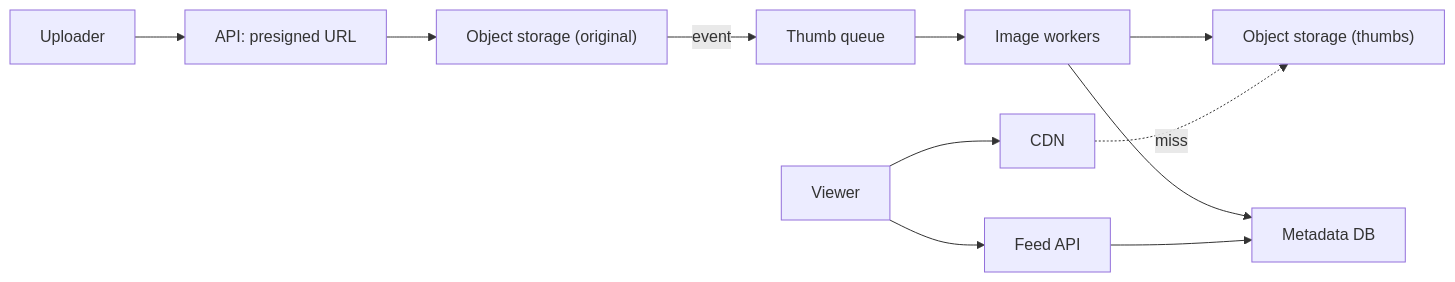
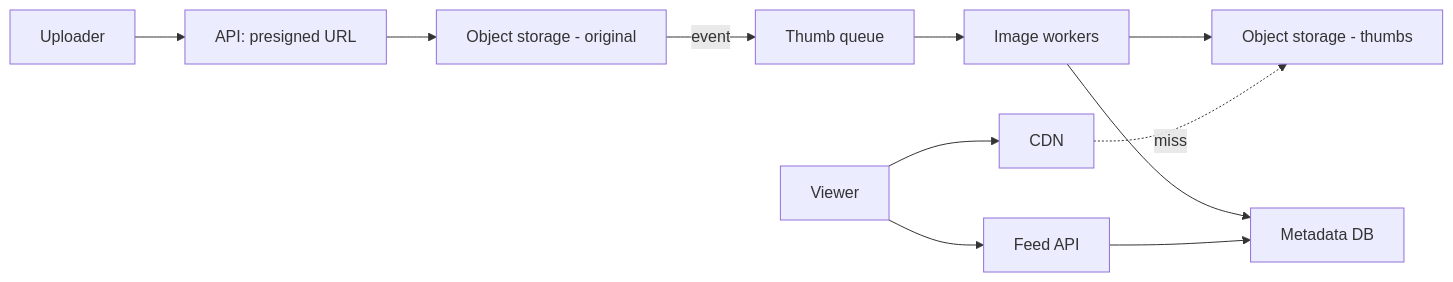
The first of 4 diagrams in case-studies/intermediate/photo-sharing-platform.md (RIT-MESH/system-design-mastery), drawn with Mermaid before and after one commit. The commit also changed 139 other files, not shown here.

First line of the commit message:
Fix Mermaid parse errors: replace parentheses in node labels across 140 files

````diff
--- a/case-studies/intermediate/photo-sharing-platform.md
+++ b/case-studies/intermediate/photo-sharing-platform.md
@@ -48,12 +48,12 @@
 ```mermaid
 %% created-for: system-design-mastery
 flowchart LR
   Up["Uploader"] --> API["API: presigned URL"]
-  API --> Obj["Object storage (original)"]
+  API --> Obj["Object storage - original"]
   Obj --"event"--> Q["Thumb queue"]
   Q --> W["Image workers"]
-  W --> Obj2["Object storage (thumbs)"]
+  W --> Obj2["Object storage - thumbs"]
   W --> Meta["Metadata DB"]
   Viewer["Viewer"] --> CDN["CDN"] -.miss.-> Obj2
   Viewer --> Feed["Feed API"] --> Meta
 ```
````
